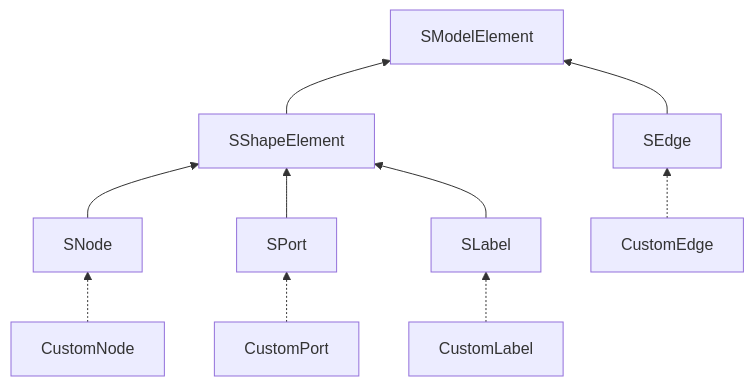
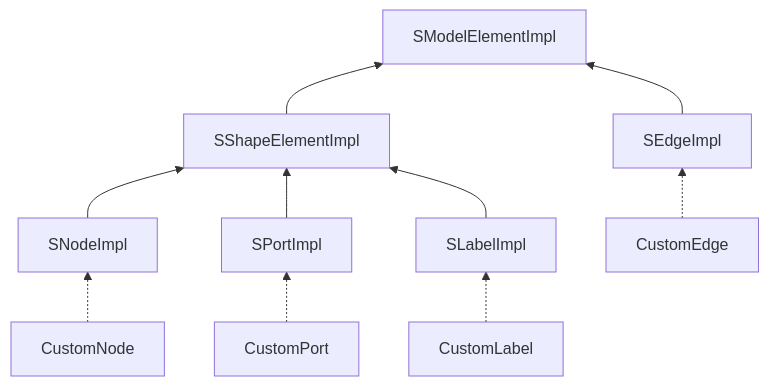
Before and after one commit to eclipse-sprotty/sprotty-website: the third of 4 diagrams in hugo/content/docs/overview.md, drawn with Mermaid. The commit also changed other lines of this file and 8 other files, not shown here.

```diff
--- a/hugo/content/docs/overview.md
+++ b/hugo/content/docs/overview.md
@@ -45,22 +51,22 @@
 {{< mermaid class="text-center">}}
 flowchart BT;
-SModelElement
-SShapeElement
-SEdge
-SNode
-SPort
-SLabel
+SModelElementImpl
+SShapeElementImpl
+SEdgeImpl
+SNodeImpl
+SPortImpl
+SLabelImpl
 CustomEdge
 CustomNode
 CustomPort
 CustomLabel
-SShapeElement --> SModelElement
-SEdge --> SModelElement
-CustomEdge -.-> SEdge
-SNode --> SShapeElement
-CustomNode -.-> SNode
-SPort --> SShapeElement
-CustomPort -.-> SPort
-SLabel --> SShapeElement
-CustomLabel -.-> SLabel
+SShapeElementImpl --> SModelElementImpl
+SEdgeImpl --> SModelElementImpl
+CustomEdge -.-> SEdgeImpl
+SNodeImpl --> SShapeElementImpl
+CustomNode -.-> SNodeImpl
+SPortImpl --> SShapeElementImpl
+CustomPort -.-> SPortImpl
+SLabelImpl --> SShapeElementImpl
+CustomLabel -.-> SLabelImpl
 {{< /mermaid>}}
```
